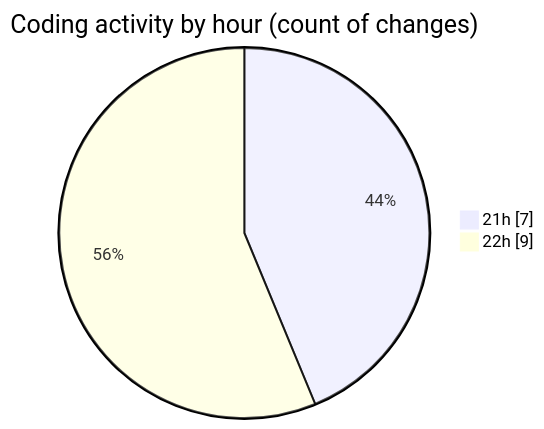
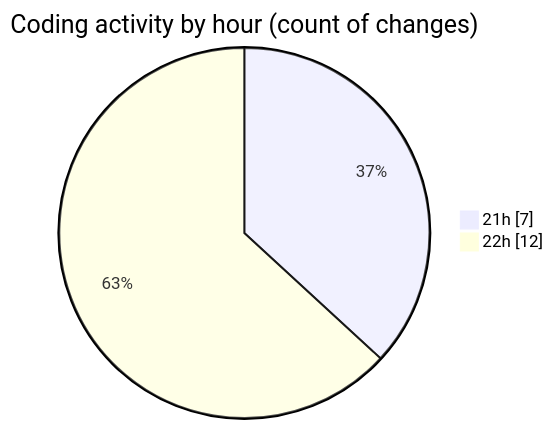
Before and after one commit to EIIisD/code-tracking: the second of 2 diagrams in 2025-08-26/mcp-web/README.md, drawn with Mermaid. The commit also changed other lines of this file and 1 other file, not shown here.

````diff
--- a/2025-08-26/mcp-web/README.md
+++ b/2025-08-26/mcp-web/README.md
@@ -30,6 +30,6 @@
 ```mermaid
 pie showData
 title Coding activity by hour (count of changes)
 "21h" : 7
-"22h" : 9
+"22h" : 12
 ```
````
